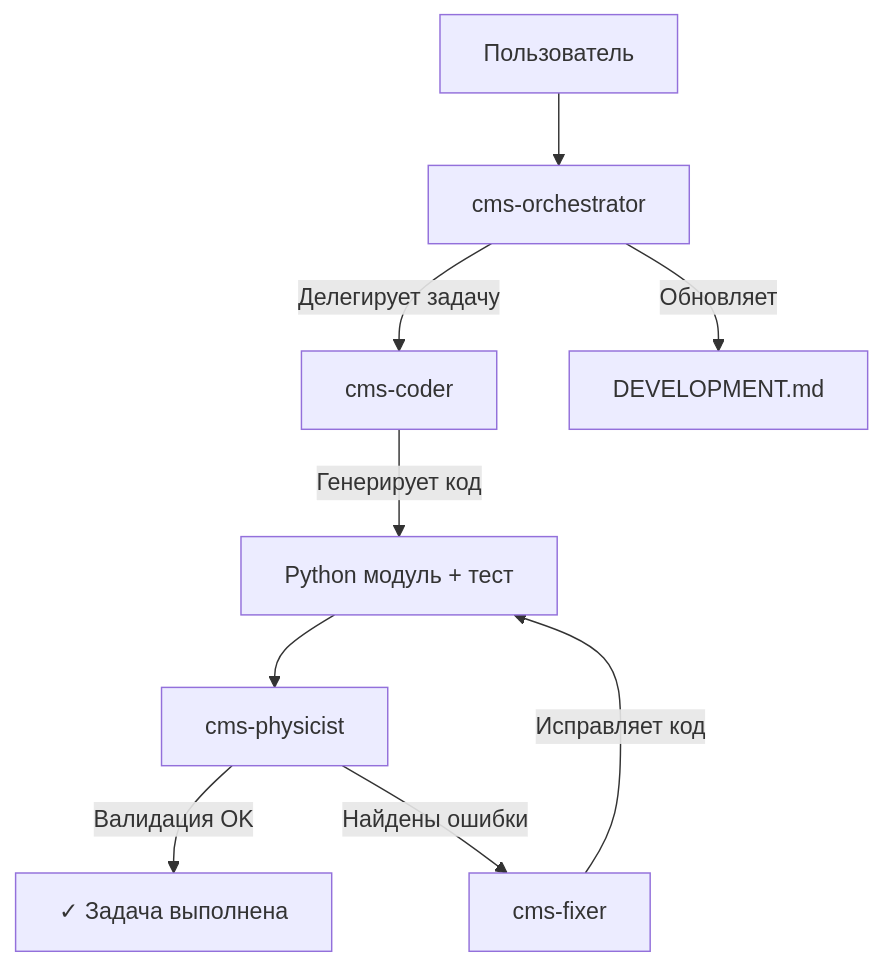
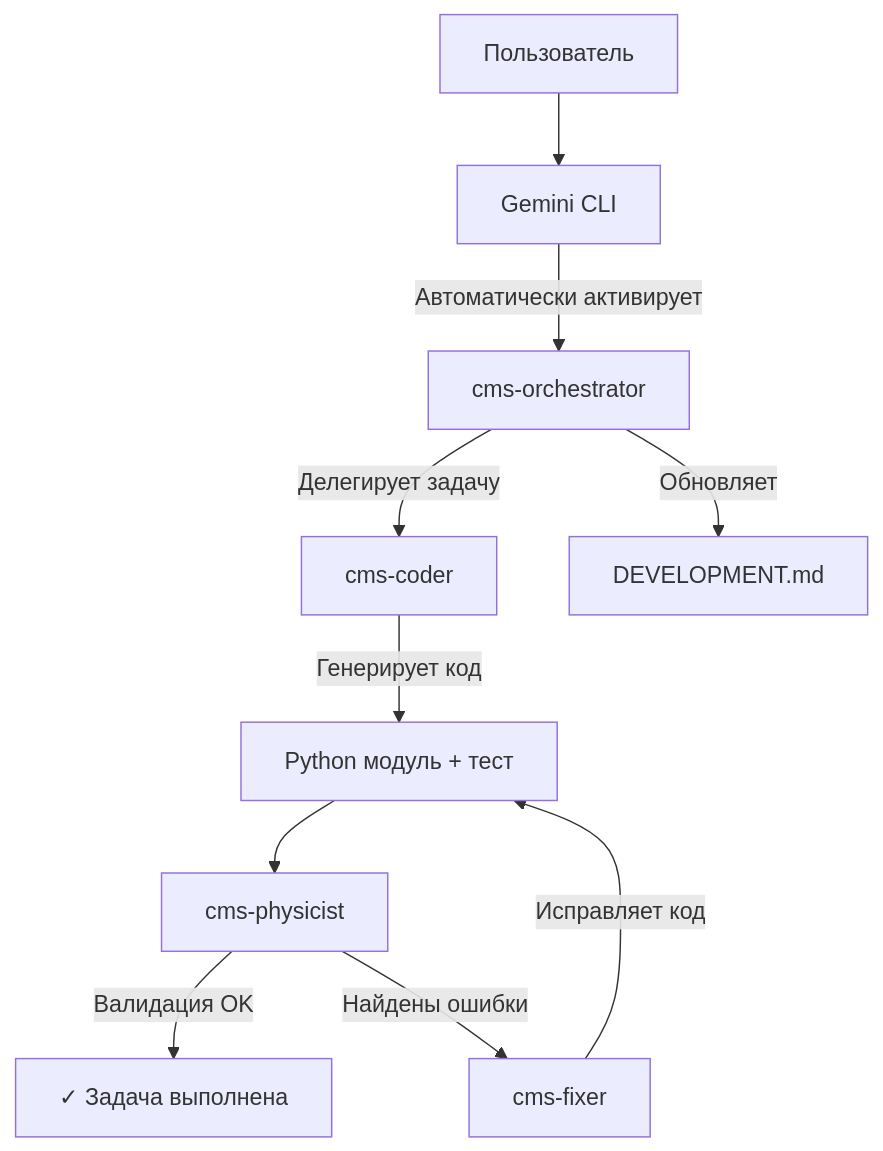
Before and after one commit to f2re/cloud-modeling-system: the diagram in README.md, drawn with Mermaid. The commit also changed other lines of this file, not shown here.

Commit message:
docs: fix Gemini CLI skills syntax and usage instructions

````diff
--- a/README.md
+++ b/README.md
@@ -141,11 +204,12 @@
 ```mermaid
 graph TD
-    User[Пользователь] --> Orchestrator[cms-orchestrator]
+    User[Пользователь] --> Gemini[Gemini CLI]
+    Gemini --> |Автоматически активирует| Orchestrator[cms-orchestrator]
     Orchestrator --> |Делегирует задачу| Coder[cms-coder]
     Coder --> |Генерирует код| Code[Python модуль + тест]
     Code --> Physicist[cms-physicist]
     Physicist --> |Валидация OK| Complete[✓ Задача выполнена]
     Physicist --> |Найдены ошибки| Fixer[cms-fixer]
     Fixer --> |Исправляет код| Code
     Orchestrator --> |Обновляет| DevMD[DEVELOPMENT.md]
 ```
````
